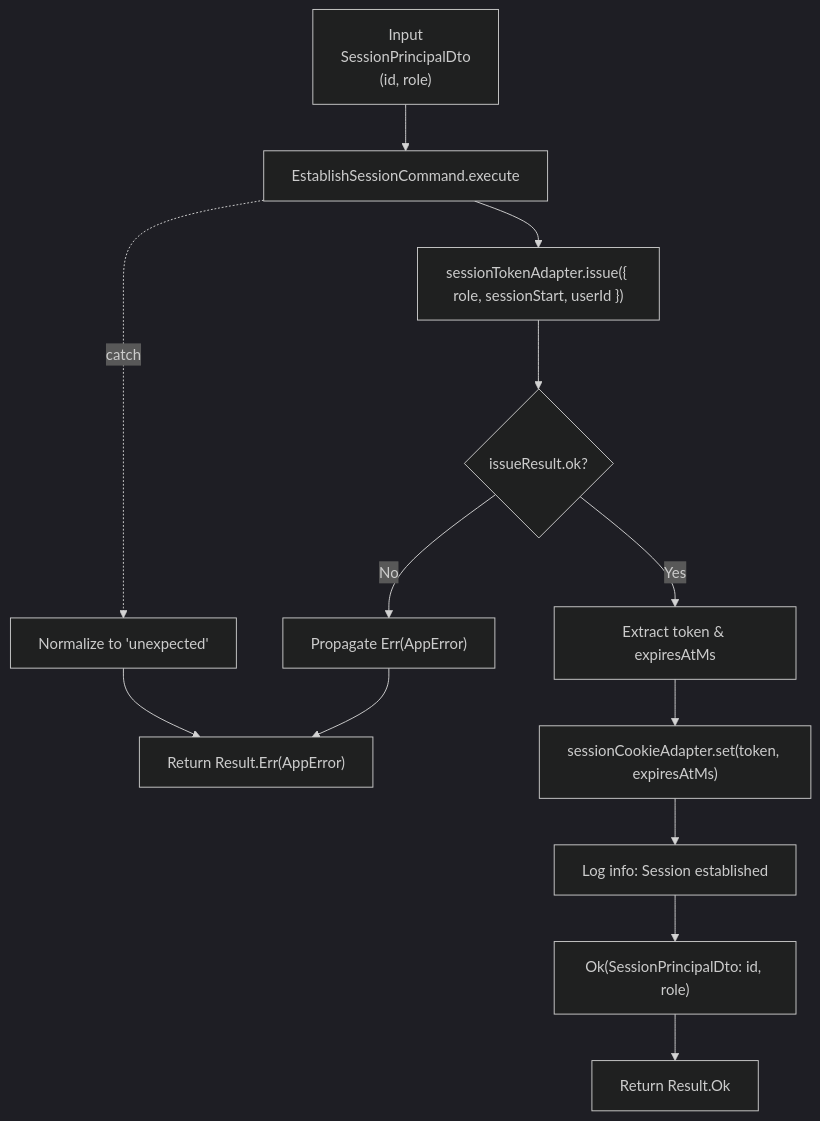
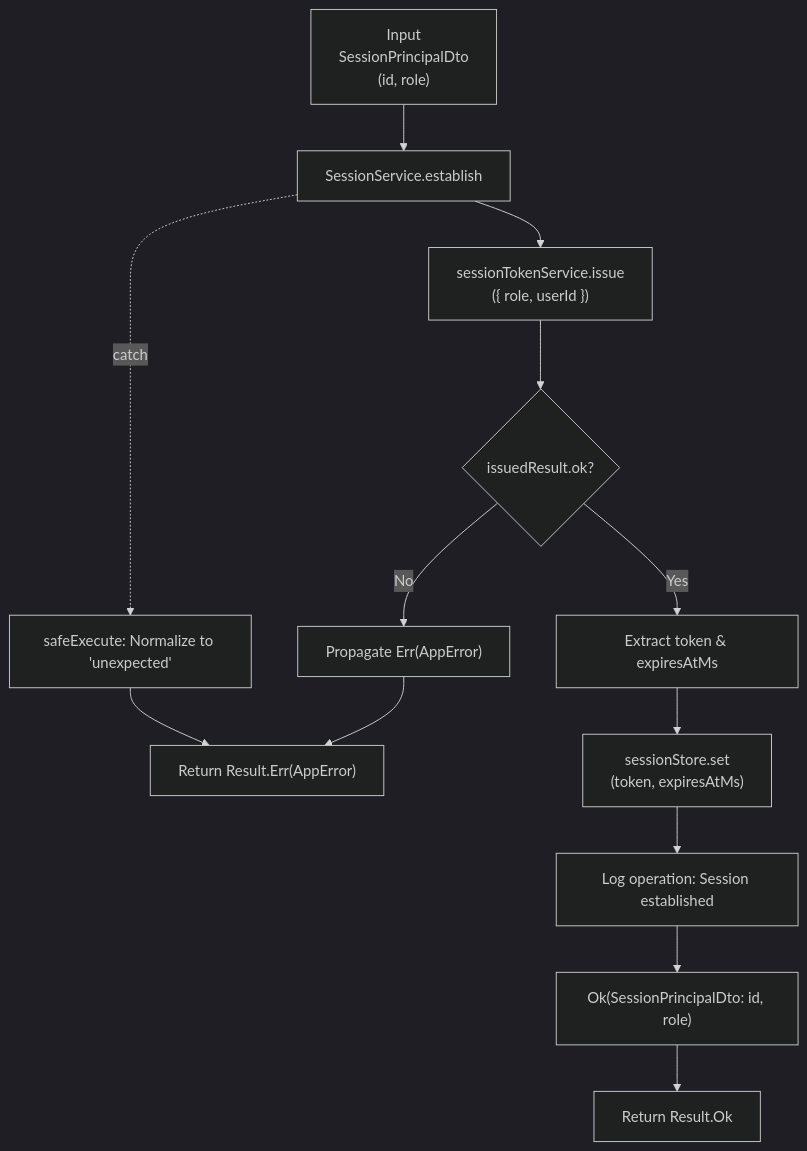
The fourth of 6 diagrams in src/modules/auth/notes/flowcharts.md (andrewpetersondev/nextjs-dashboard), drawn with Mermaid (dark theme) before and after one commit. The commit also changed other lines of this file and 1 other file, not shown here.

Commit message:
docs: update flowcharts and sequence diagrams for login workflow and session establishment, enhancing clarity and anti-enumeration logic

````diff
--- a/src/modules/auth/notes/flowcharts.md
+++ b/src/modules/auth/notes/flowcharts.md
@@ -146,28 +145,30 @@
 ```mermaid
 flowchart TD
 %% Inputs
-  A["Input<br/>SessionPrincipalDto<br/>(id, role)"] --> B[EstablishSessionCommand.execute]
+  A["Input<br/>SessionPrincipalDto<br/>(id, role)"] --> B[SessionService.establish]
 
 %% Token Generation
-  B --> C["sessionTokenAdapter.issue({ role, sessionStart, userId })"]
+  B --> C["sessionTokenService.issue<br/>({ role, userId })"]
 
 %% Issue Result Decision
-  C --> D{"issueResult.ok?"}
+  C --> D{"issuedResult.ok?"}
 
 %% Token Error path
   D -->|No| E["Propagate Err(AppError)"]
   E --> Z["Return Result.Err(AppError)"]
 
-%% Success path: Persistence
+%% Success path: Extract values
   D -->|Yes| F["Extract token & expiresAtMs"]
-  F --> G["sessionCookieAdapter.set(token, expiresAtMs)"]
+
+%% Persistence via SessionStore
+  F --> G["sessionStore.set<br/>(token, expiresAtMs)"]
 
 %% Completion
-  G --> H["Log info: Session established"]
+  G --> H["Log operation: Session established"]
   H --> I["Ok(SessionPrincipalDto: id, role)"]
-  I --> Z1["Return Result.Ok<SessionPrincipalDto (id, role)>"]
+  I --> Z1["Return Result.Ok<SessionPrincipalDto>"]
 
 %% Catch block
-  B -. catch .-> J["Normalize to 'unexpected'"]
+  B -. catch .-> J["safeExecute: Normalize to 'unexpected'"]
   J --> Z
 ```
````
